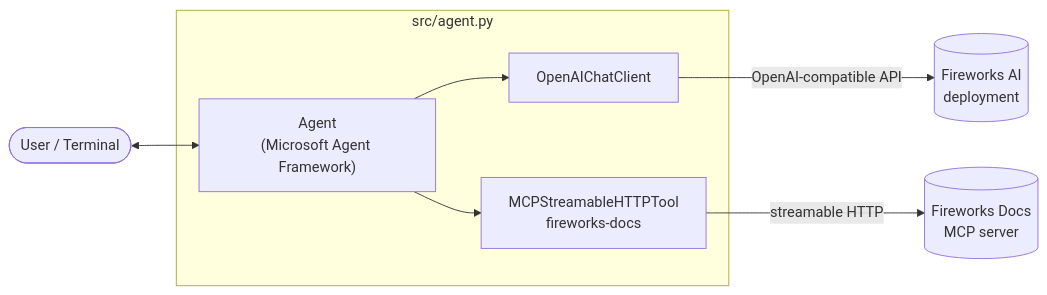
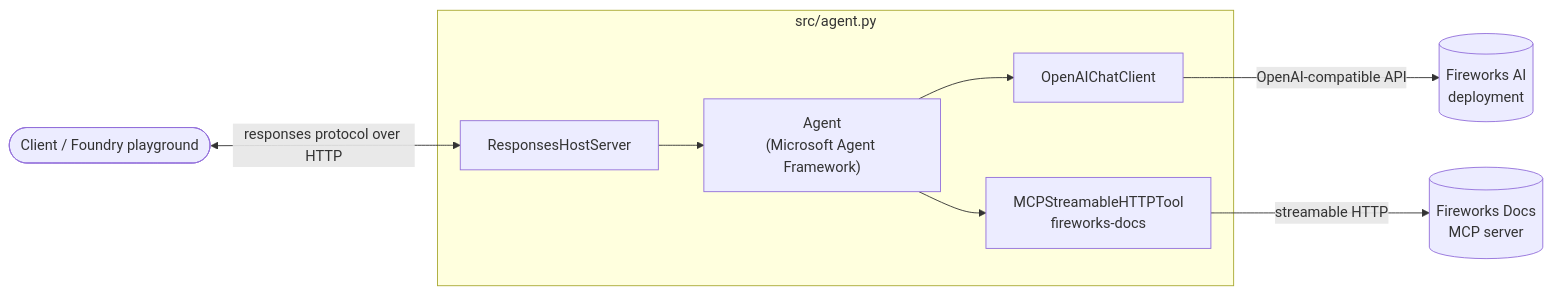
One commit to pablocast/fireworks-maf-agent changed the diagram in README.md. Above: the diagram before and after it, drawn with Mermaid. The commit also changed other lines of this file, not shown here.

Commit message:
docs: rename Azure AI Foundry to Microsoft Foundry

````diff
--- a/README.md
+++ b/README.md
@@ -48,15 +52,17 @@
 ```mermaid
 flowchart LR
-    User([User / Terminal]) <--> Agent
+    Client([Client / Foundry playground]) <-->|responses protocol over HTTP| Server
 
     subgraph App["src/agent.py"]
+        Server["ResponsesHostServer"]
         Agent["Agent<br/>(Microsoft Agent Framework)"]
-        Client["OpenAIChatClient"]
+        ChatClient["OpenAIChatClient"]
         MCP["MCPStreamableHTTPTool<br/>fireworks-docs"]
-        Agent --> Client
+        Server --> Agent
+        Agent --> ChatClient
         Agent --> MCP
     end
 
-    Client -->|OpenAI-compatible API| Fireworks[("Fireworks AI<br/>deployment")]
+    ChatClient -->|OpenAI-compatible API| Fireworks[("Fireworks AI<br/>deployment")]
     MCP -->|streamable HTTP| Docs[("Fireworks Docs<br/>MCP server")]
 ```
````
